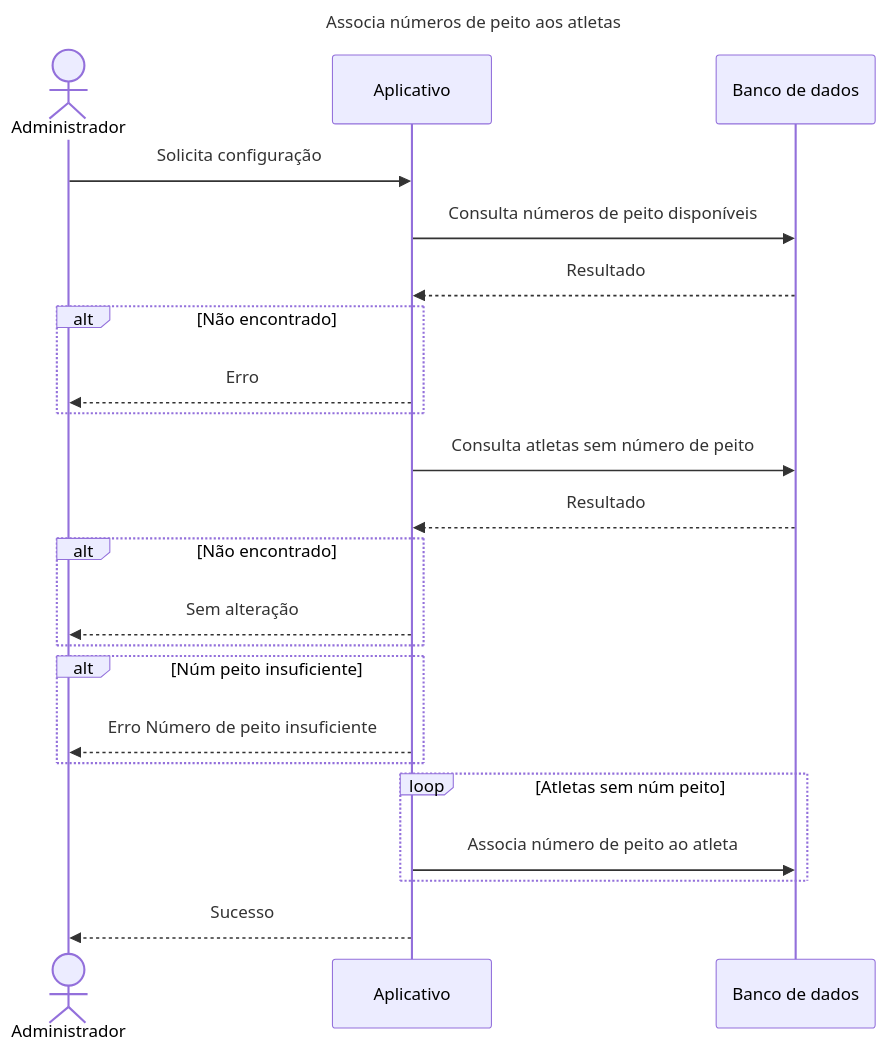
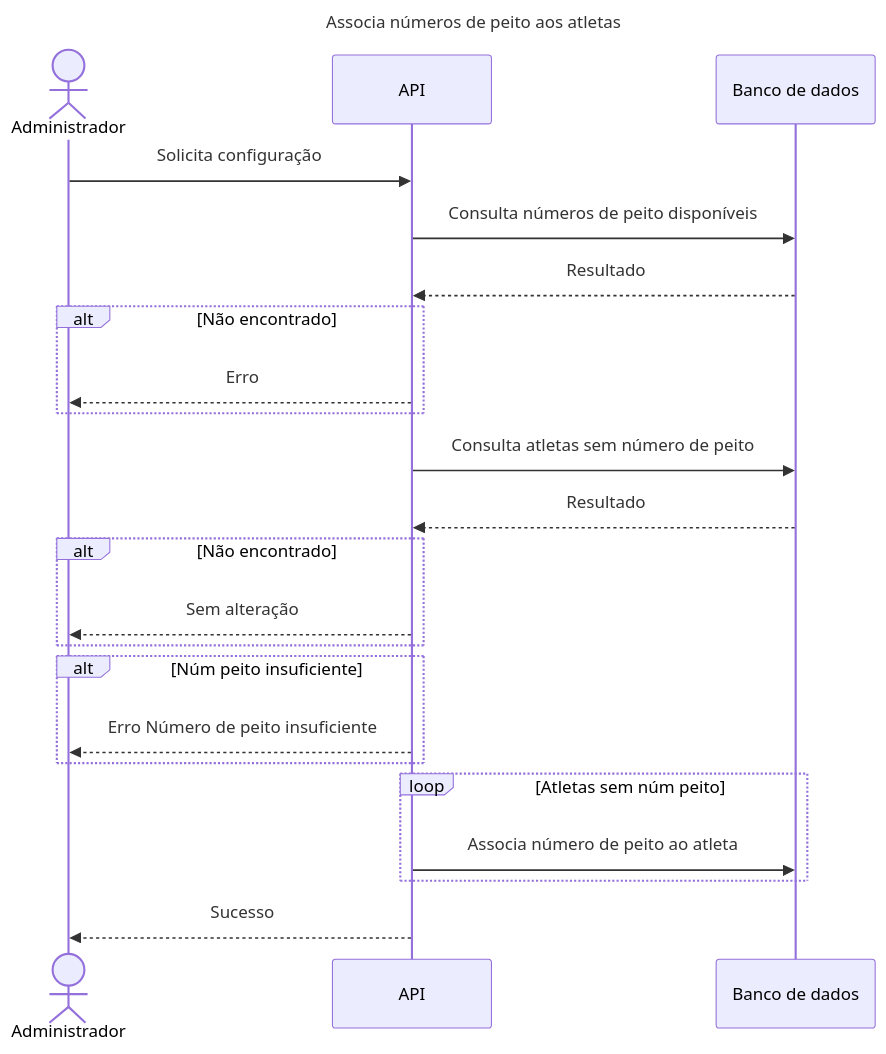
The diagram in designer/diagrams/features/config_chester_number.md (brgilsonsp/corrida_familia_piba), drawn with Mermaid before and after one commit. The commit also changed 3 other files, not shown here.

Commit message:
Change identifier Aplicativo to API in docs

````diff
--- a/designer/diagrams/features/config_chester_number.md
+++ b/designer/diagrams/features/config_chester_number.md
@@ -1,27 +1,27 @@
 ```mermaid
 sequenceDiagram
     title Associa números de peito aos atletas
 
     actor Admin as Administrador
-    participant Aplicativo as Aplicativo
+    participant API as API
     participant DB as Banco de dados
 
-    Admin->>Aplicativo: Solicita configuração
-    Aplicativo->>DB: Consulta números de peito disponíveis
-    DB-->>Aplicativo: Resultado
+    Admin->>API: Solicita configuração
+    API->>DB: Consulta números de peito disponíveis
+    DB-->>API: Resultado
     alt Não encontrado
-        Aplicativo-->>Admin: Erro
+        API-->>Admin: Erro
     end
-    Aplicativo->>DB: Consulta atletas sem número de peito
-    DB-->>Aplicativo: Resultado
+    API->>DB: Consulta atletas sem número de peito
+    DB-->>API: Resultado
     alt Não encontrado
-        Aplicativo-->>Admin: Sem alteração
+        API-->>Admin: Sem alteração
     end
     alt Núm peito insuficiente
-        Aplicativo-->>Admin: Erro Número de peito insuficiente
+        API-->>Admin: Erro Número de peito insuficiente
     end
     loop Atletas sem núm peito
-        Aplicativo->>DB: Associa número de peito ao atleta
+        API->>DB: Associa número de peito ao atleta
     end
-    Aplicativo-->>Admin: Sucesso
+    API-->>Admin: Sucesso
 ```
````
